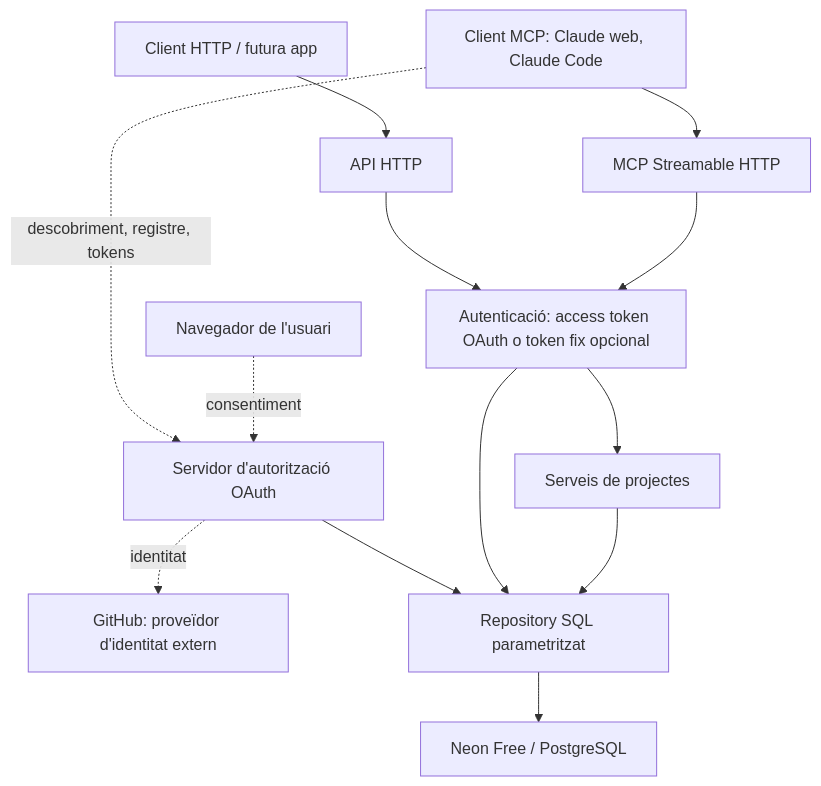
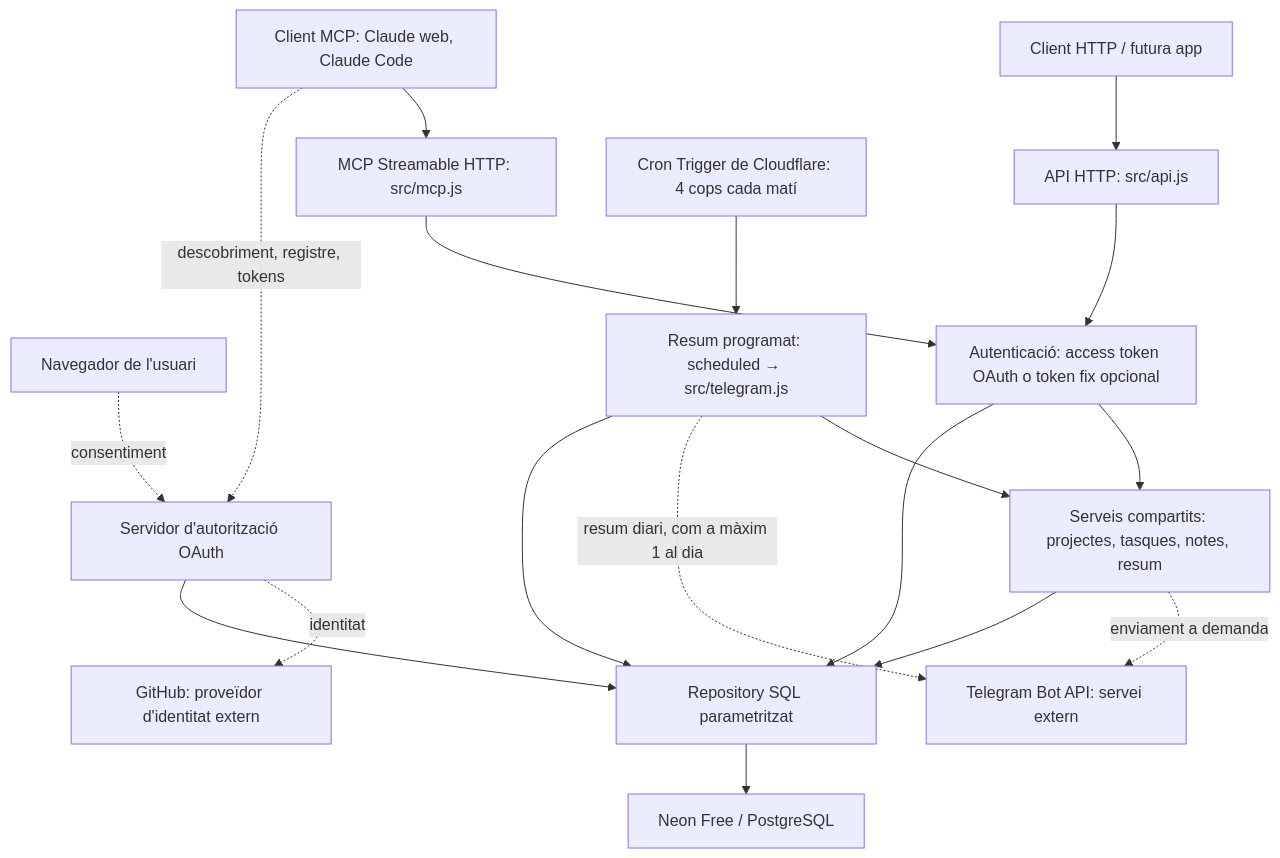
Before and after one commit to joancardonall/Jarvis: the diagram in docs/ARCHITECTURE.md, drawn with Mermaid. The commit also changed other lines of this file and 13 other files, not shown here.

Commit message:
docs: document tasks, notes, daily summary, Telegram and backups (D024-D026)

````diff
--- a/docs/ARCHITECTURE.md
+++ b/docs/ARCHITECTURE.md
@@ -8,15 +11,20 @@
 ```mermaid
 flowchart TD
-    HTTP[Client HTTP / futura app] --> API[API HTTP]
-    Client[Client MCP: Claude web, Claude Code] --> MCP[MCP Streamable HTTP]
+    HTTP[Client HTTP / futura app] --> API[API HTTP: src/api.js]
+    Client[Client MCP: Claude web, Claude Code] --> MCP[MCP Streamable HTTP: src/mcp.js]
     Client -. descobriment, registre, tokens .-> OAuth[Servidor d'autorització OAuth]
     Browser[Navegador de l'usuari] -. consentiment .-> OAuth
     OAuth -. identitat .-> GitHub[GitHub: proveïdor d'identitat extern]
     API --> Auth[Autenticació: access token OAuth o token fix opcional]
     MCP --> Auth
-    Auth --> Service[Serveis de projectes]
+    Auth --> Services[Serveis compartits: projectes, tasques, notes, resum]
+    Cron[Cron Trigger de Cloudflare: 4 cops cada matí] --> Scheduled[Resum programat: scheduled → src/telegram.js]
+    Scheduled --> Services
+    Services -. enviament a demanda .-> Telegram[Telegram Bot API: servei extern]
+    Scheduled -. resum diari, com a màxim 1 al dia .-> Telegram
     OAuth --> Repository
     Auth --> Repository
-    Service --> Repository[Repository SQL parametritzat]
+    Scheduled --> Repository
+    Services --> Repository[Repository SQL parametritzat]
     Repository --> DB[Neon Free / PostgreSQL]
 ```
````
